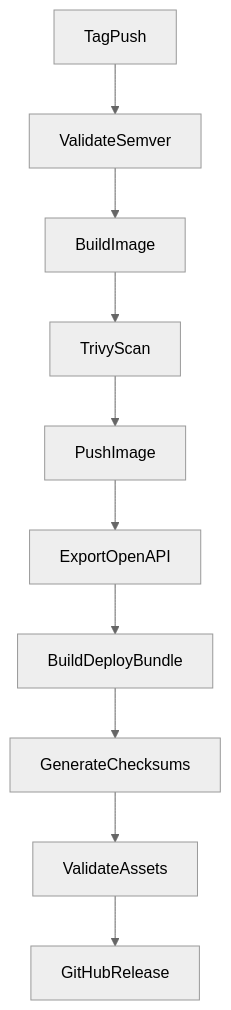
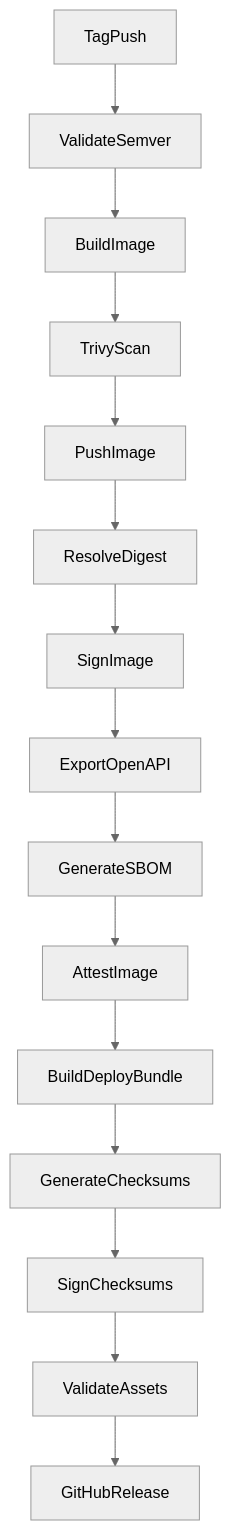
The fifth of 6 diagrams in docs/CI.md (Libertocrat/star), drawn with Mermaid (neutral theme) before and after one commit. The commit also changed other lines of this file and 9 other files, not shown here.

First line of the commit message:
ci(release): attest and sign published artifacts

````diff
--- a/docs/CI.md
+++ b/docs/CI.md
@@ -354,12 +362,17 @@
 ```mermaid
 flowchart TD
 TagPush --> ValidateSemver
 ValidateSemver --> BuildImage
 BuildImage --> TrivyScan
 TrivyScan --> PushImage
-PushImage --> ExportOpenAPI
-ExportOpenAPI --> BuildDeployBundle
+PushImage --> ResolveDigest
+ResolveDigest --> SignImage
+SignImage --> ExportOpenAPI
+ExportOpenAPI --> GenerateSBOM
+GenerateSBOM --> AttestImage
+AttestImage --> BuildDeployBundle
 BuildDeployBundle --> GenerateChecksums
-GenerateChecksums --> ValidateAssets
+GenerateChecksums --> SignChecksums
+SignChecksums --> ValidateAssets
 ValidateAssets --> GitHubRelease
 ```
````
